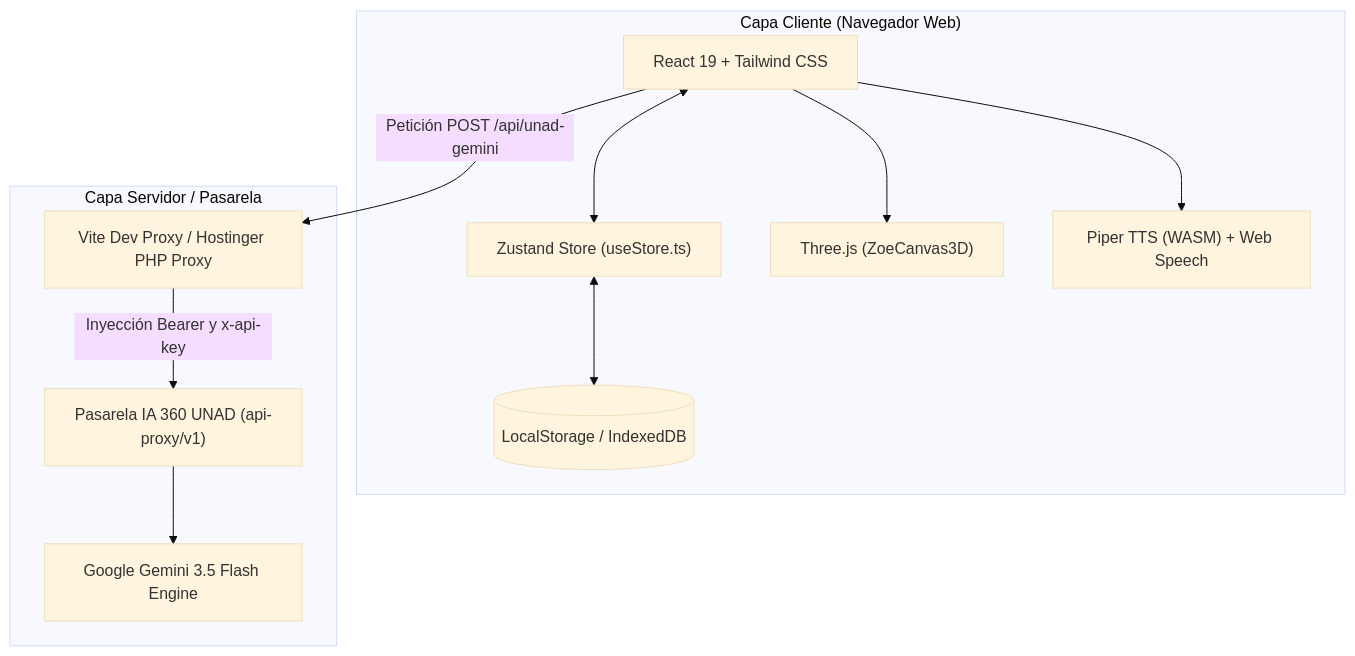
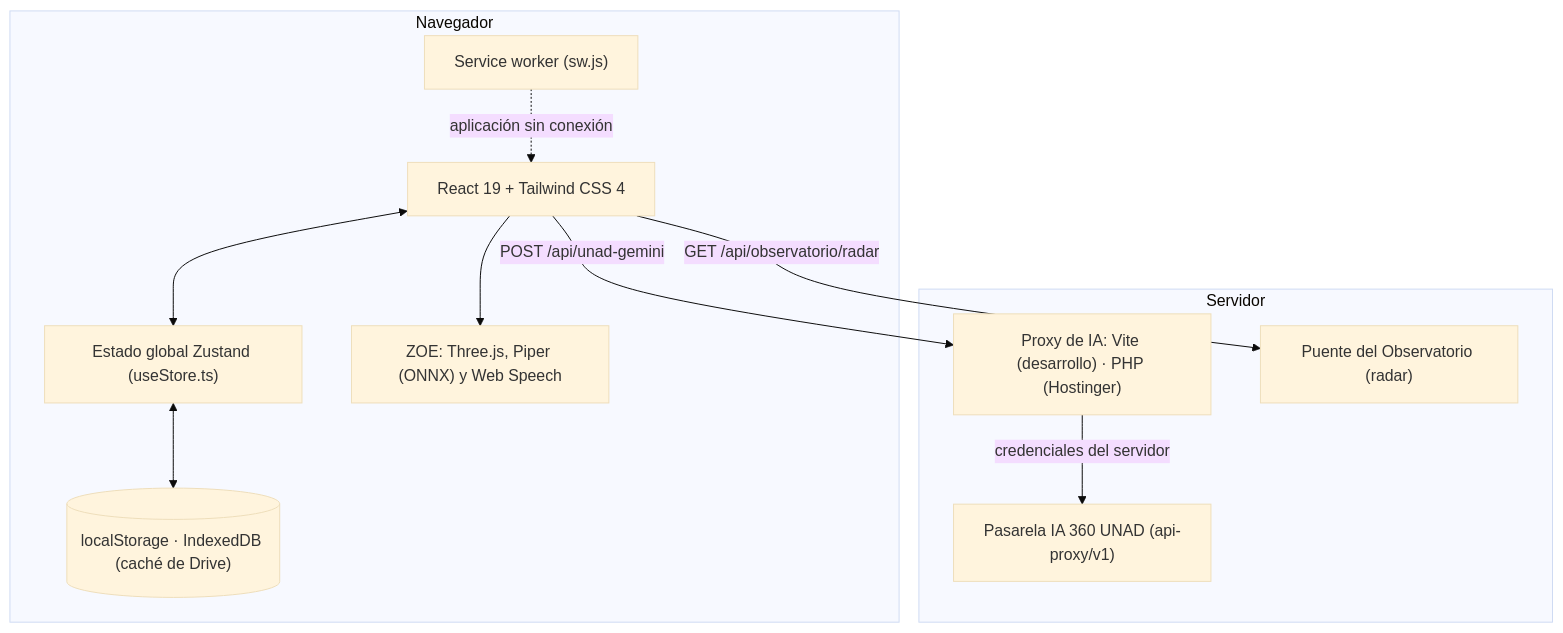
The third of 3 diagrams in DOCUMENTO_MAESTRO_CONSOLIDADO.md (nataliaperez-del/laboratorio-digital-innovacion), drawn with Mermaid (base theme) before and after one commit. The commit also changed other lines of this file and 2 other files, not shown here.

First line of the commit message:
docs: documento maestro v2.0, con el MHUS 5.0 y ZOE como mediación heutagógica

````diff
--- a/DOCUMENTO_MAESTRO_CONSOLIDADO.md
+++ b/DOCUMENTO_MAESTRO_CONSOLIDADO.md
@@ -259,24 +322,24 @@
 ```mermaid
 graph TB
-    subgraph Cliente["Capa Cliente (Navegador Web)"]
-        UI["React 19 + Tailwind CSS"]
-        Store["Zustand Store (useStore.ts)"]
-        ThreeCanvas["Three.js (ZoeCanvas3D)"]
-        AudioEngine["Piper TTS (WASM) + Web Speech"]
-        LocalDB[("LocalStorage / IndexedDB")]
+    subgraph Cliente["Navegador"]
+        UI["React 19 + Tailwind CSS 4"]
+        Store["Estado global Zustand (useStore.ts)"]
+        ZOE["ZOE: Three.js, Piper (ONNX) y Web Speech"]
+        SW["Service worker (sw.js)"]
+        LocalDB[("localStorage · IndexedDB (caché de Drive)")]
     end
 
-    subgraph Servidor["Capa Servidor / Pasarela"]
-        ViteProxy["Vite Dev Proxy / Hostinger PHP Proxy"]
+    subgraph Servidor["Servidor"]
+        Proxy["Proxy de IA: Vite (desarrollo) · PHP (Hostinger)"]
+        Obs["Puente del Observatorio (radar)"]
         UNADGateway["Pasarela IA 360 UNAD (api-proxy/v1)"]
-        GeminiCore["Google Gemini 3.5 Flash Engine"]
     end
 
     UI <--> Store
     Store <--> LocalDB
-    UI --> ThreeCanvas
-    UI --> AudioEngine
-    UI -->|Petición POST /api/unad-gemini| ViteProxy
-    ViteProxy -->|Inyección Bearer y x-api-key| UNADGateway
-    UNADGateway --> GeminiCore
+    UI --> ZOE
+    SW -. aplicación sin conexión .-> UI
+    UI -->|POST /api/unad-gemini| Proxy
+    UI -->|GET /api/observatorio/radar| Obs
+    Proxy -->|credenciales del servidor| UNADGateway
 ```
````
